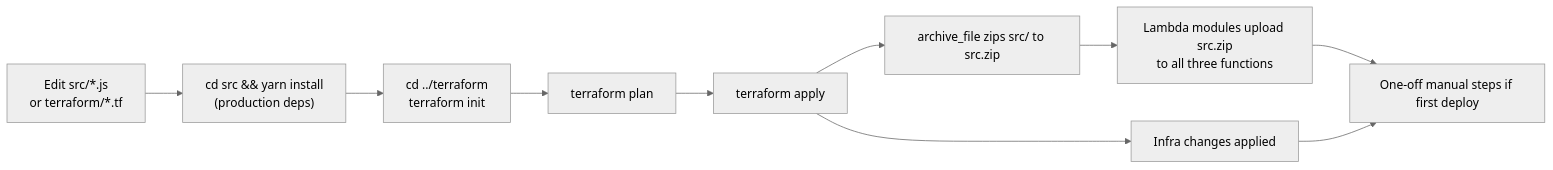
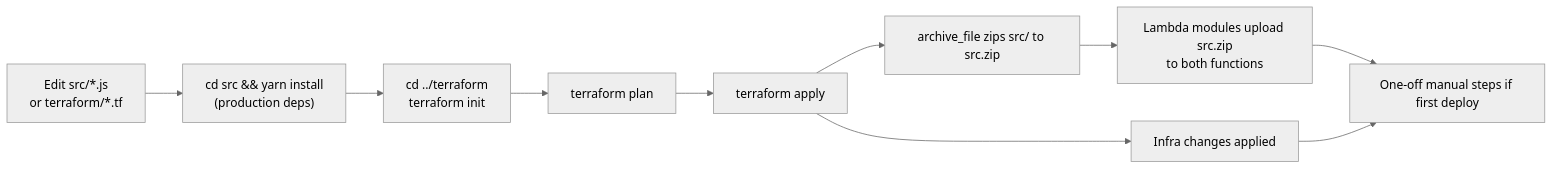
The ninth of 10 diagrams in ARCHITECTURE.md (TomBenjaminMorris/listpal-backend), drawn with Mermaid (neutral theme) before and after one commit. The commit also changed other lines of this file and 9 other files, not shown here.

````diff
--- a/ARCHITECTURE.md
+++ b/ARCHITECTURE.md
@@ -416,12 +417,12 @@
 ```mermaid
 flowchart LR
     A["Edit src/*.js<br/>or terraform/*.tf"] --> B["cd src && yarn install<br/>(production deps)"]
     B --> C["cd ../terraform<br/>terraform init"]
     C --> D["terraform plan"]
     D --> E["terraform apply"]
     E --> F["archive_file zips src/ to src.zip"]
-    F --> G["Lambda modules upload src.zip<br/>to all three functions"]
+    F --> G["Lambda modules upload src.zip<br/>to both functions"]
     E --> H["Infra changes applied"]
     G --> I["One-off manual steps if first deploy"]
     H --> I
 ```
````
